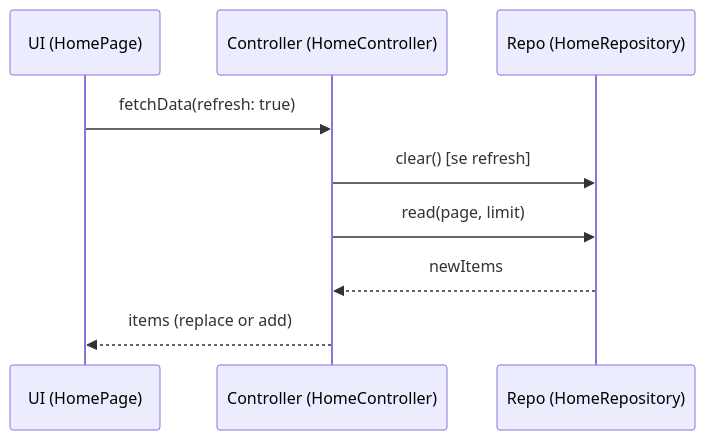
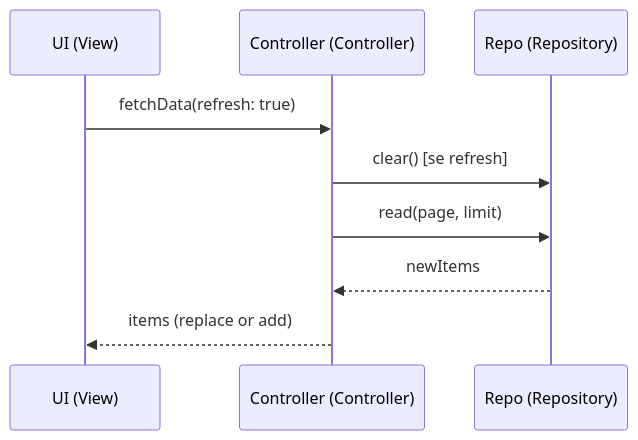
One commit to DenersonNobre/lista_infinita changed the second of 2 diagrams in README.md. Above: the diagram before and after it, drawn with Mermaid. The commit also changed other lines of this file, not shown here.

````diff
--- a/README.md
+++ b/README.md
@@ -178,12 +103,12 @@
 ```mermaid
 sequenceDiagram
-	participant U as UI (HomePage)
-	participant C as Controller (HomeController)
-	participant R as Repo (HomeRepository)
+	participant U as UI (View)
+	participant C as Controller (Controller)
+	participant R as Repo (Repository)
 
 	U->>C: fetchData(refresh: true)
 	C->>R: clear() [se refresh]
 	C->>R: read(page, limit)
 	R-->>C: newItems
 	C-->>U: items (replace or add)
 ```
````
